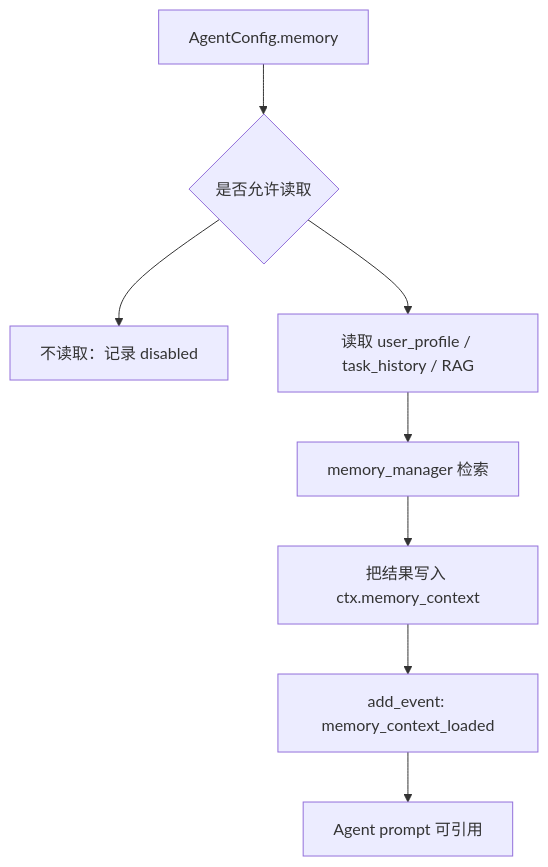
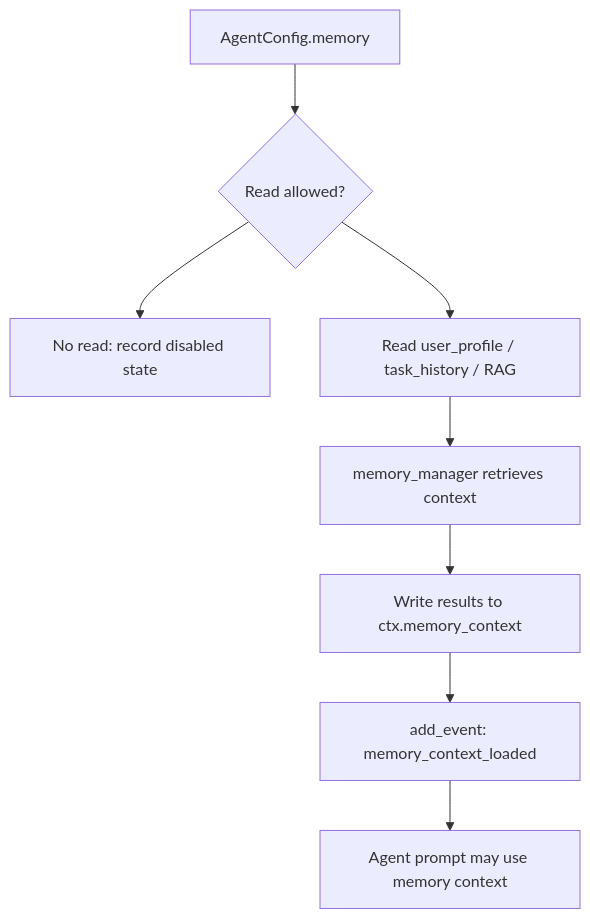
Before and after one commit to youkuxiaobin/task-pilot-agent: diagram 12 of 18 in README.md, drawn with Mermaid. The commit also changed other lines of this file and 1 other file, not shown here.

````diff
--- a/README.md
+++ b/README.md
@@ -250,10 +267,10 @@
 ```mermaid
 flowchart TD
-  A["AgentConfig.memory"] --> B{"是否允许读取"}
-  B --> C["不读取：记录 disabled"]
-  B --> D["读取 user_profile / task_history / RAG"]
-  D --> E["memory_manager 检索"]
-  E --> F["把结果写入 ctx.memory_context"]
+  A["AgentConfig.memory"] --> B{"Read allowed?"}
+  B --> C["No read: record disabled state"]
+  B --> D["Read user_profile / task_history / RAG"]
+  D --> E["memory_manager retrieves context"]
+  E --> F["Write results to ctx.memory_context"]
   F --> G["add_event: memory_context_loaded"]
-  G --> H["Agent prompt 可引用"]
+  G --> H["Agent prompt may use memory context"]
 ```
````
